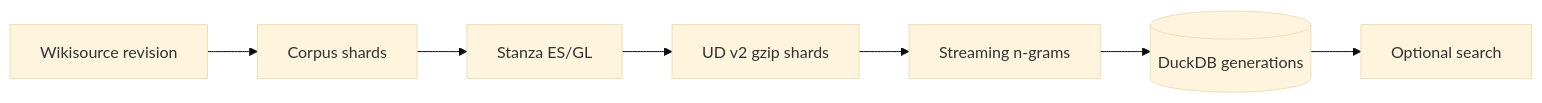
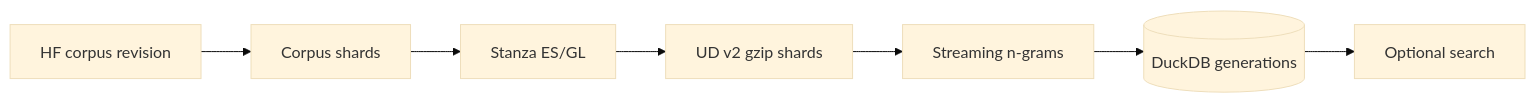
Before and after one commit to CristoJV/semordnilap: the diagram in README.md, drawn with Mermaid (base theme). The commit also changed other lines of this file and 7 other files, not shown here.

````diff
--- a/README.md
+++ b/README.md
@@ -6,9 +6,9 @@
 ```mermaid
 flowchart LR
-    H[Wikisource revision] --> C[Corpus shards]
+    H[HF corpus revision] --> C[Corpus shards]
     C --> T[Stanza ES/GL]
     T --> U[UD v2 gzip shards]
     U --> N[Streaming n-grams]
     N --> D[(DuckDB generations)]
     D --> S[Optional search]
 ```
````
